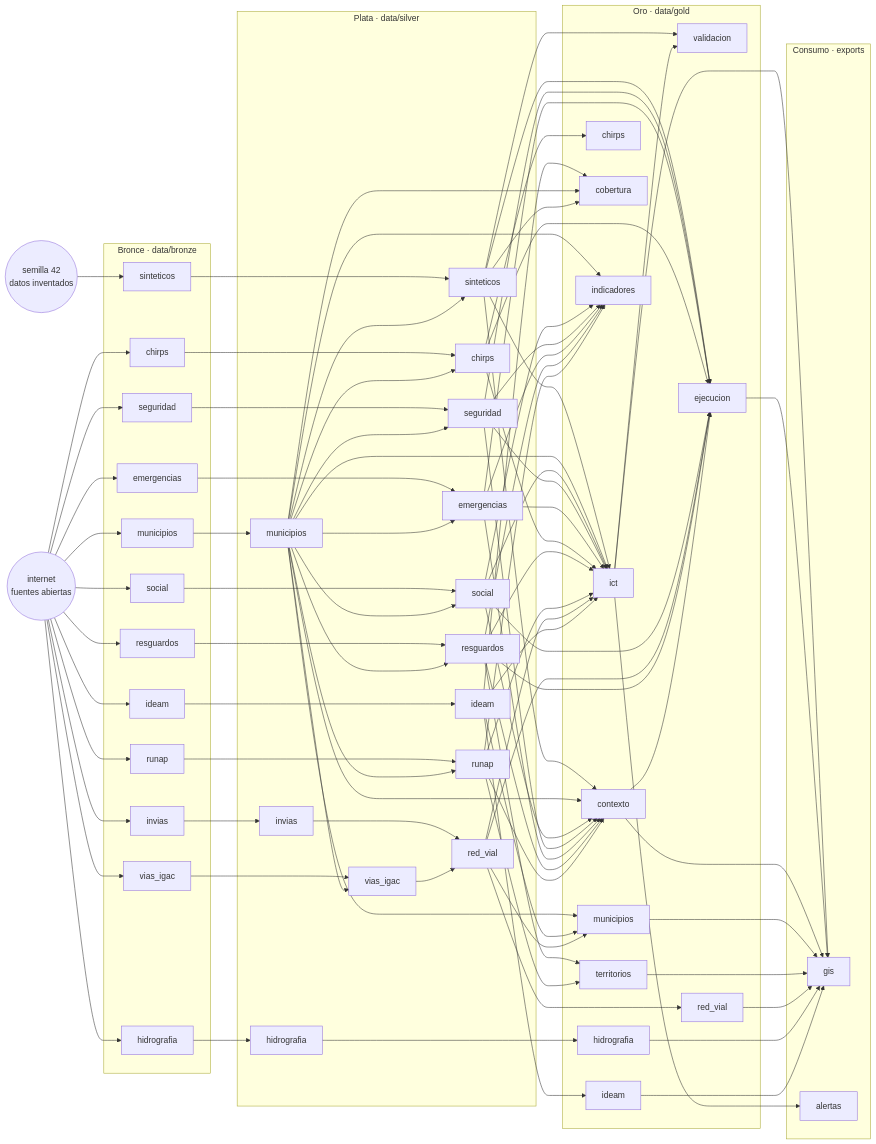
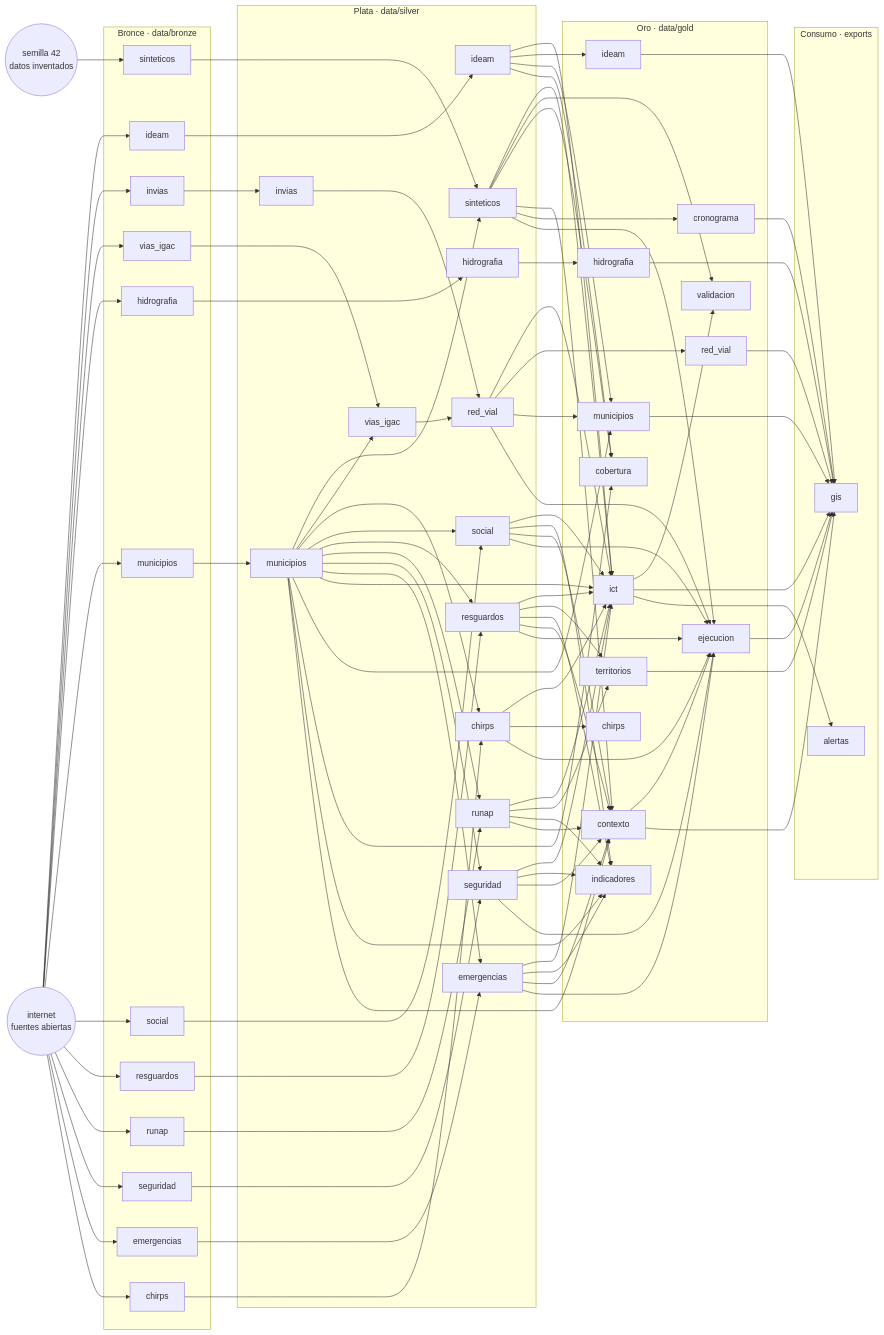
One commit to DESARROLLO-CENYT/Piloto_Ecopetrol_Reto5 changed the diagram in docs/PIPELINE.md. Above: the diagram before and after it, drawn with Mermaid. The commit also changed other lines of this file and 38 other files, not shown here.

```diff
--- a/docs/PIPELINE.md
+++ b/docs/PIPELINE.md
@@ -80,6 +80,7 @@
     oro_territorios["territorios"]
     oro_indicadores["indicadores"]
     oro_contexto["contexto"]
+    oro_cronograma["cronograma"]
     oro_ejecucion["ejecucion"]
   end
   subgraph consumo["Consumo  ·  exports"]
@@ -157,6 +158,7 @@
   plata_emergencias --> oro_contexto
   plata_resguardos --> oro_contexto
   plata_runap --> oro_contexto
+  plata_sinteticos --> oro_cronograma
   plata_sinteticos --> oro_ejecucion
   plata_seguridad --> oro_ejecucion
   plata_emergencias --> oro_ejecucion
@@ -168,6 +170,7 @@
   oro_ict --> consumo_gis
   oro_ejecucion --> consumo_gis
   oro_contexto --> consumo_gis
+  oro_cronograma --> consumo_gis
   oro_municipios --> consumo_gis
   oro_territorios --> consumo_gis
   oro_red_vial --> consumo_gis
```
